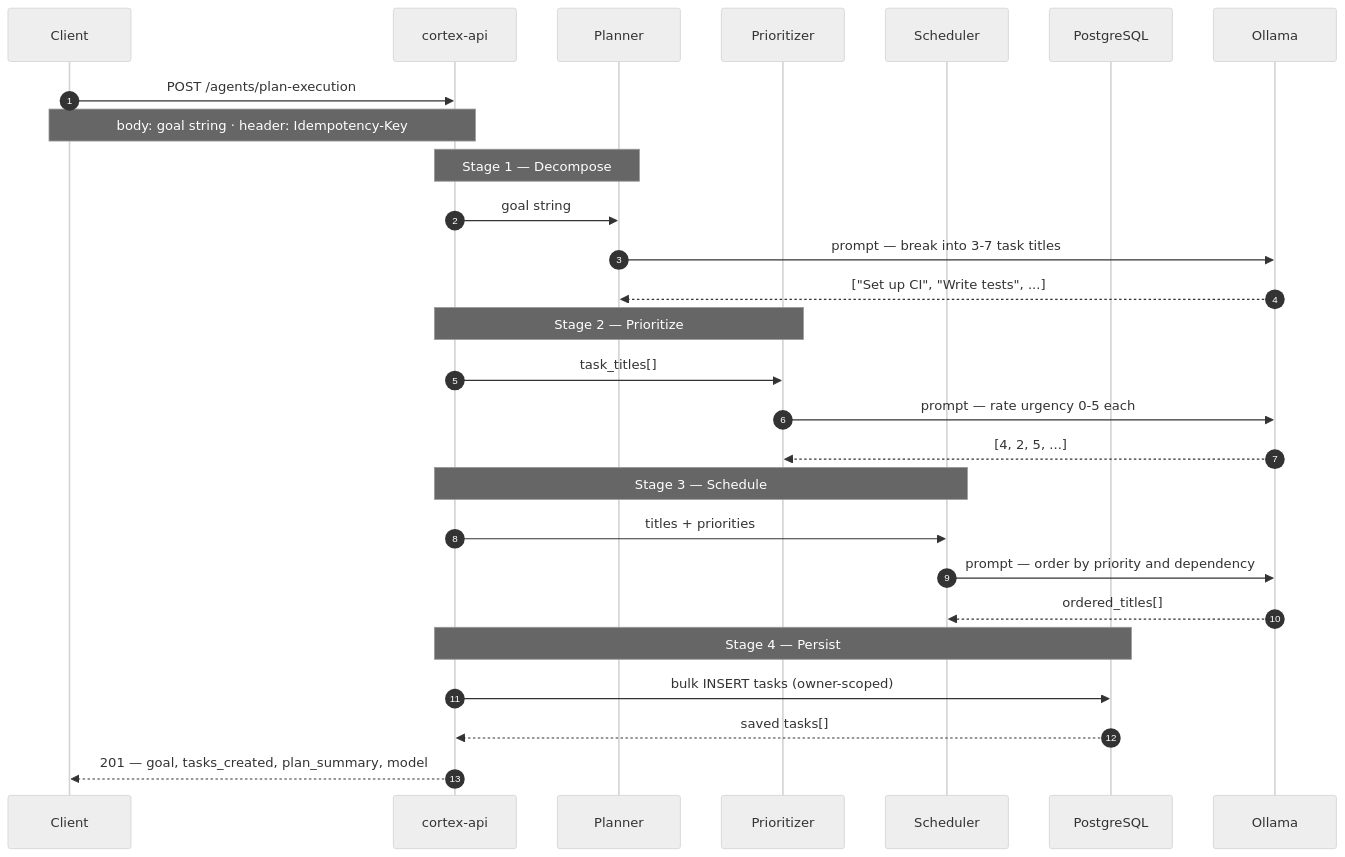
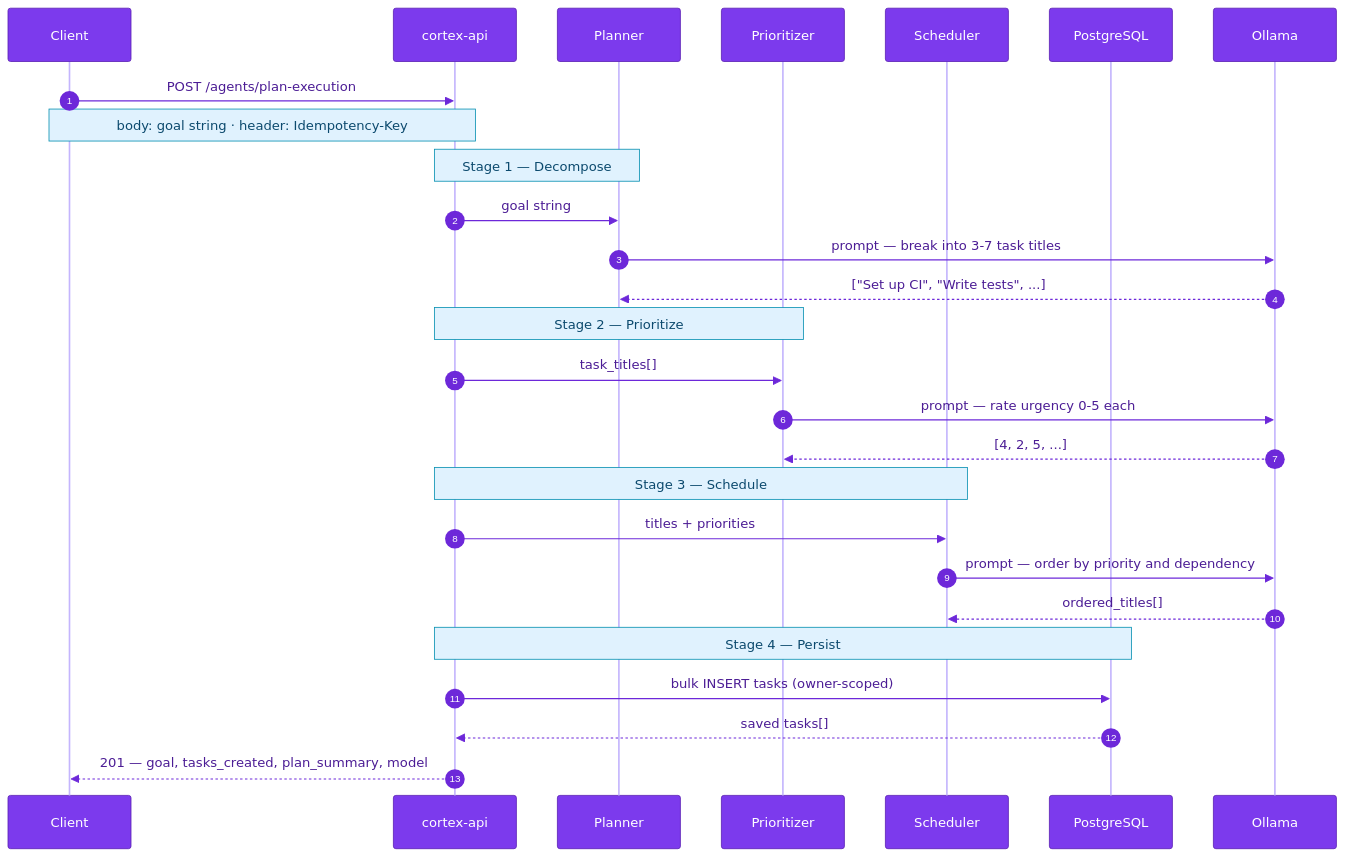
One commit to adwibha/cortex-api changed the fifth of 7 diagrams in README.md. Above: the diagram before and after it, drawn with Mermaid. The commit also changed other lines of this file and 1 other file, not shown here.

First line of the commit message:
docs: colorful Mermaid diagrams, honest conclusion, and MIT license

````diff
--- a/README.md
+++ b/README.md
@@ -312,36 +338,36 @@
 ```mermaid
-%%{init: {'theme': 'neutral'}}%%
+%%{init: {'theme': 'base', 'themeVariables': {'actorBkg': '#7c3aed', 'actorBorder': '#5b21b6', 'actorTextColor': '#ffffff', 'actorLineColor': '#c4b5fd', 'signalColor': '#6d28d9', 'signalTextColor': '#4c1d95', 'noteBkgColor': '#e0f2fe', 'noteBorderColor': '#0891b2', 'noteTextColor': '#0c4a6e', 'activationBkgColor': '#ede9fe', 'activationBorderColor': '#7c3aed', 'sequenceNumberColor': '#ffffff'}}}%%
 sequenceDiagram
     autonumber
     participant C as Client
     participant API as cortex-api
     participant PL as Planner
     participant PR as Prioritizer
     participant SC as Scheduler
     participant DB as PostgreSQL
     participant OL as Ollama
 
     C->>API: POST /agents/plan-execution
     Note over C,API: body: goal string · header: Idempotency-Key
 
     Note over API,PL: Stage 1 — Decompose
     API->>PL: goal string
     PL->>OL: prompt — break into 3-7 task titles
     OL-->>PL: ["Set up CI", "Write tests", ...]
 
     Note over API,PR: Stage 2 — Prioritize
     API->>PR: task_titles[]
     PR->>OL: prompt — rate urgency 0-5 each
     OL-->>PR: [4, 2, 5, ...]
 
     Note over API,SC: Stage 3 — Schedule
     API->>SC: titles + priorities
     SC->>OL: prompt — order by priority and dependency
     OL-->>SC: ordered_titles[]
 
     Note over API,DB: Stage 4 — Persist
     API->>DB: bulk INSERT tasks (owner-scoped)
     DB-->>API: saved tasks[]
 
     API-->>C: 201 — goal, tasks_created, plan_summary, model
 ```
````
